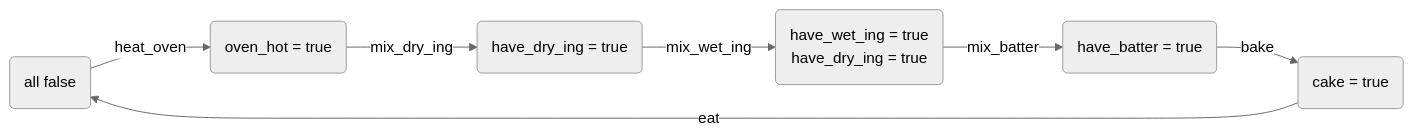
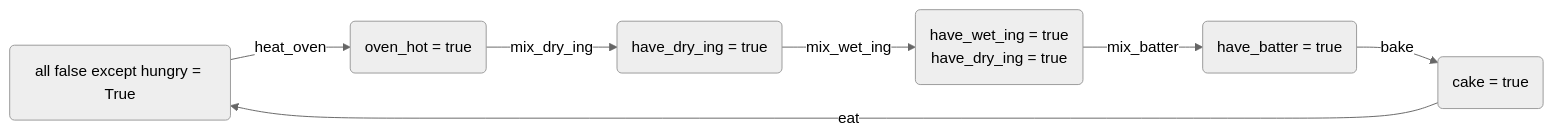
One commit to esenecal/ai-planning-test changed the diagram in GOAP_implementation.md. Above: the diagram before and after it, drawn with Mermaid (neutral theme). The commit also changed other lines of this file and 8 other files, not shown here.

````diff
--- a/GOAP_implementation.md
+++ b/GOAP_implementation.md
@@ -40,18 +40,18 @@
 ```mermaid
 graph LR
-    all_false(all false)
+    all_false(all false except hungry = True)
     oven_hot(oven_hot = true)
     have_wet_ing(have_wet_ing = true
                 have_dry_ing = true)
     have_dry_ing(have_dry_ing = true)
     have_batter(have_batter = true)
     cake(cake = true)
 
     all_false 
     --heat_oven--> oven_hot 
     --mix_dry_ing--> have_dry_ing 
     --mix_wet_ing--> have_wet_ing
     --mix_batter--> have_batter
     --bake--> cake
     --eat--> all_false
 ```
````
